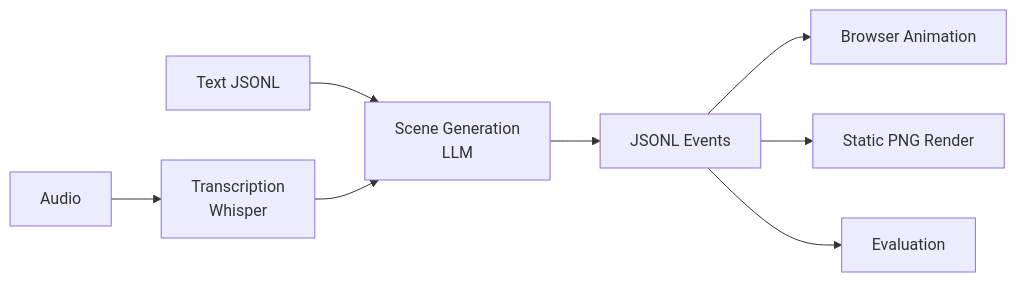
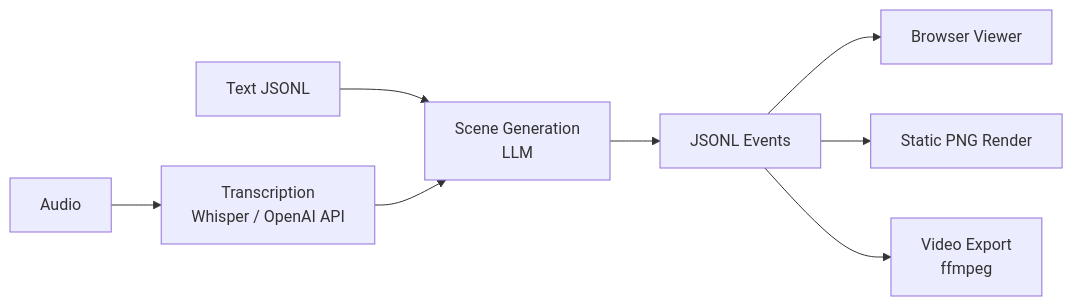
Before and after one commit to yhbcode000/talk2scene: the first of 2 diagrams in docs/index.en.md, drawn with Mermaid. The commit also changed other lines of this file and 1 other file, not shown here.

````diff
--- a/docs/index.en.md
+++ b/docs/index.en.md
@@ -15,10 +23,10 @@
 ```mermaid
 flowchart LR
-    A[Audio] --> B[Transcription\nWhisper]
+    A[Audio] --> B[Transcription\nWhisper / OpenAI API]
     T[Text JSONL] --> C
     B --> C[Scene Generation\nLLM]
     C --> D[JSONL Events]
-    D --> E[Browser Animation]
+    D --> E[Browser Viewer]
     D --> F[Static PNG Render]
-    D --> G[Evaluation]
+    D --> G[Video Export\nffmpeg]
 ```
````
